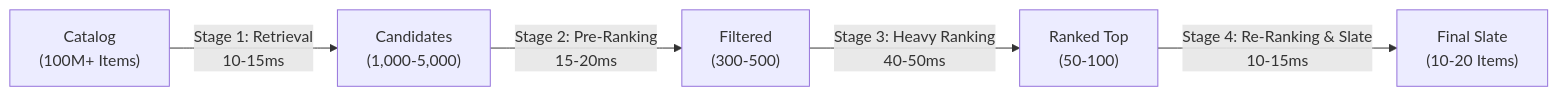
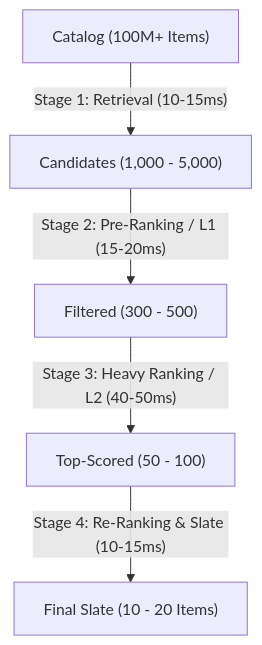
Before and after one commit to jyotipmahes/ML-Interview-Prep: the second of 2 diagrams in System_Design/README.md, drawn with Mermaid. The commit also changed other lines of this file, not shown here.

````diff
--- a/System_Design/README.md
+++ b/System_Design/README.md
@@ -30,7 +30,7 @@
 ```mermaid
-flowchart LR
-    A["Catalog<br/>(100M+ Items)"] -->|"Stage 1: Retrieval<br/>10-15ms"| B["Candidates<br/>(1,000-5,000)"]
-    B -->|"Stage 2: Pre-Ranking<br/>15-20ms"| C["Filtered<br/>(300-500)"]
-    C -->|"Stage 3: Heavy Ranking<br/>40-50ms"| D["Ranked Top<br/>(50-100)"]
-    D -->|"Stage 4: Re-Ranking & Slate<br/>10-15ms"| E["Final Slate<br/>(10-20 Items)"]
+flowchart TD
+    A["Catalog (100M+ Items)"] -->|"Stage 1: Retrieval (10-15ms)"| B["Candidates (1,000 - 5,000)"]
+    B -->|"Stage 2: Pre-Ranking / L1 (15-20ms)"| C["Filtered (300 - 500)"]
+    C -->|"Stage 3: Heavy Ranking / L2 (40-50ms)"| D["Top-Scored (50 - 100)"]
+    D -->|"Stage 4: Re-Ranking & Slate (10-15ms)"| E["Final Slate (10 - 20 Items)"]
 ```
````
